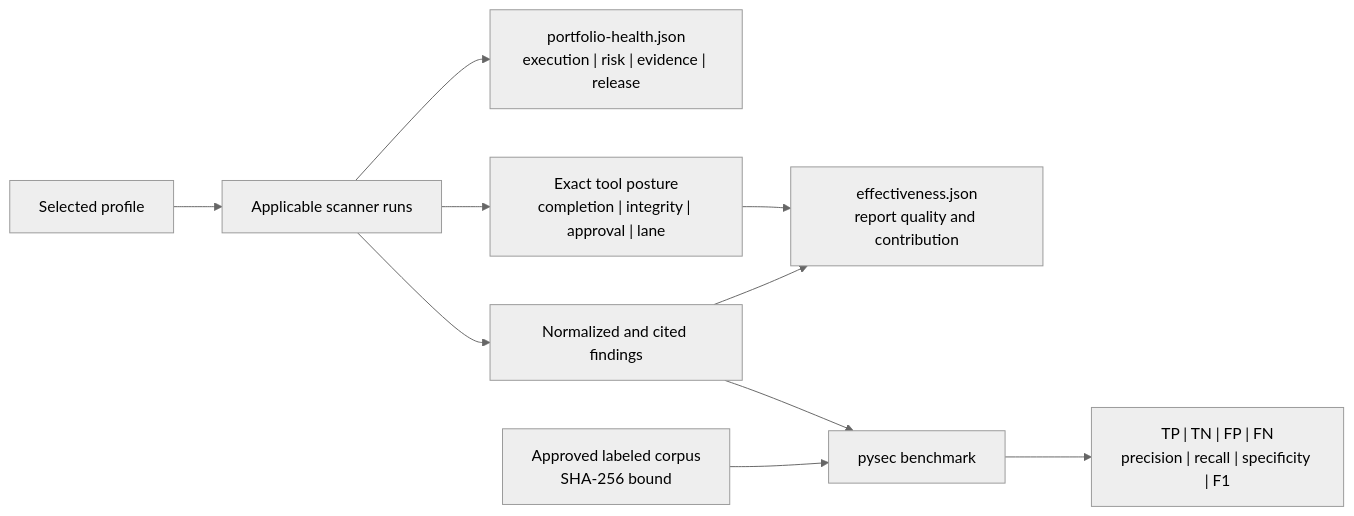
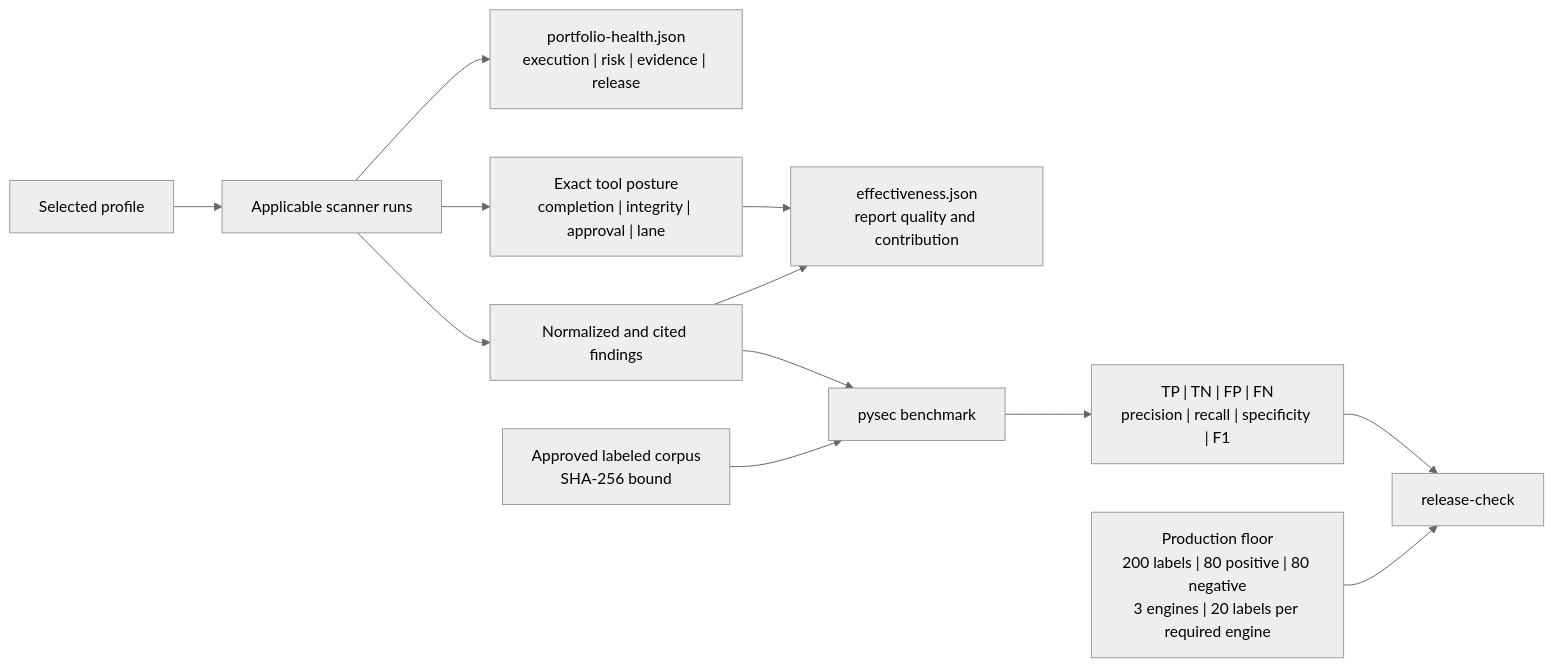
One commit to willtran87/project-py-security-suite changed the diagram in docs/effectiveness.md. Above: the diagram before and after it, drawn with Mermaid (neutral theme). The commit also changed 10 other files, not shown here.

Commit message:
docs: update analysis architecture diagrams

````diff
--- a/docs/effectiveness.md
+++ b/docs/effectiveness.md
@@ -22,12 +22,14 @@
 ```mermaid
 flowchart LR
     Profile["Selected profile"] --> Run["Applicable scanner runs"]
     Run --> Health["portfolio-health.json<br/>execution | risk | evidence | release"]
     Run --> Normalize["Normalized and cited findings"]
     Normalize --> Quality["effectiveness.json<br/>report quality and contribution"]
     Run --> Posture["Exact tool posture<br/>completion | integrity | approval | lane"]
     Posture --> Quality
     Corpus["Approved labeled corpus<br/>SHA-256 bound"] --> Benchmark["pysec benchmark"]
     Normalize --> Benchmark
     Benchmark --> Metrics["TP | TN | FP | FN<br/>precision | recall | specificity | F1"]
+    Floor["Production floor<br/>200 labels | 80 positive | 80 negative<br/>3 engines | 20 labels per required engine"] --> Release["release-check"]
+    Metrics --> Release
 ```
````
